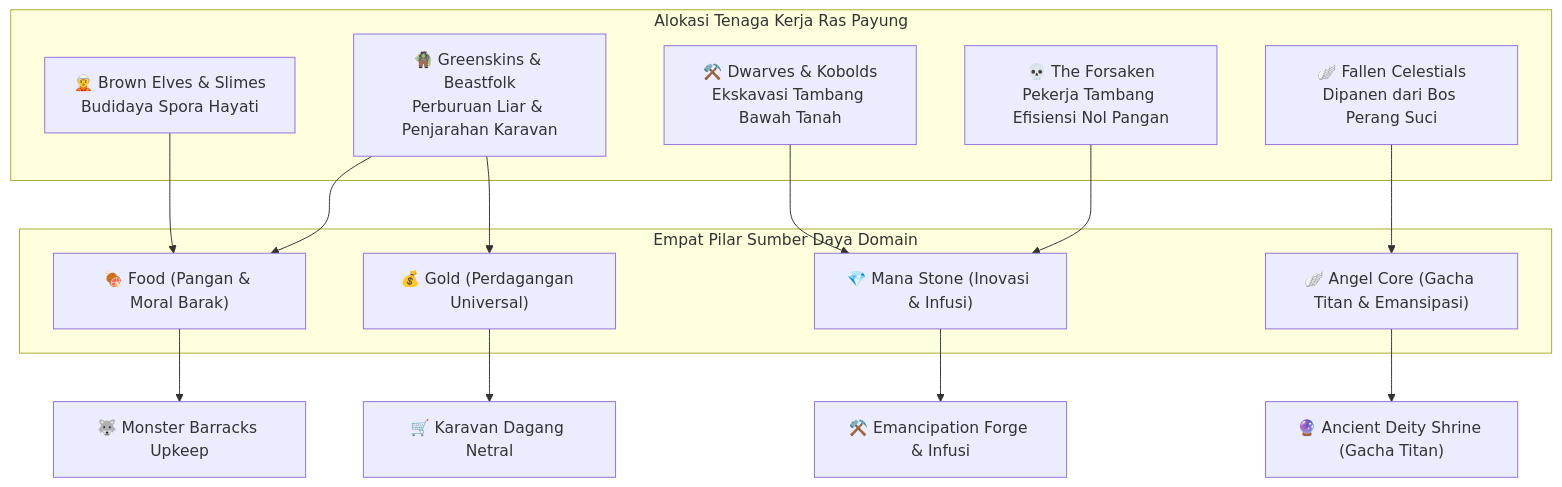
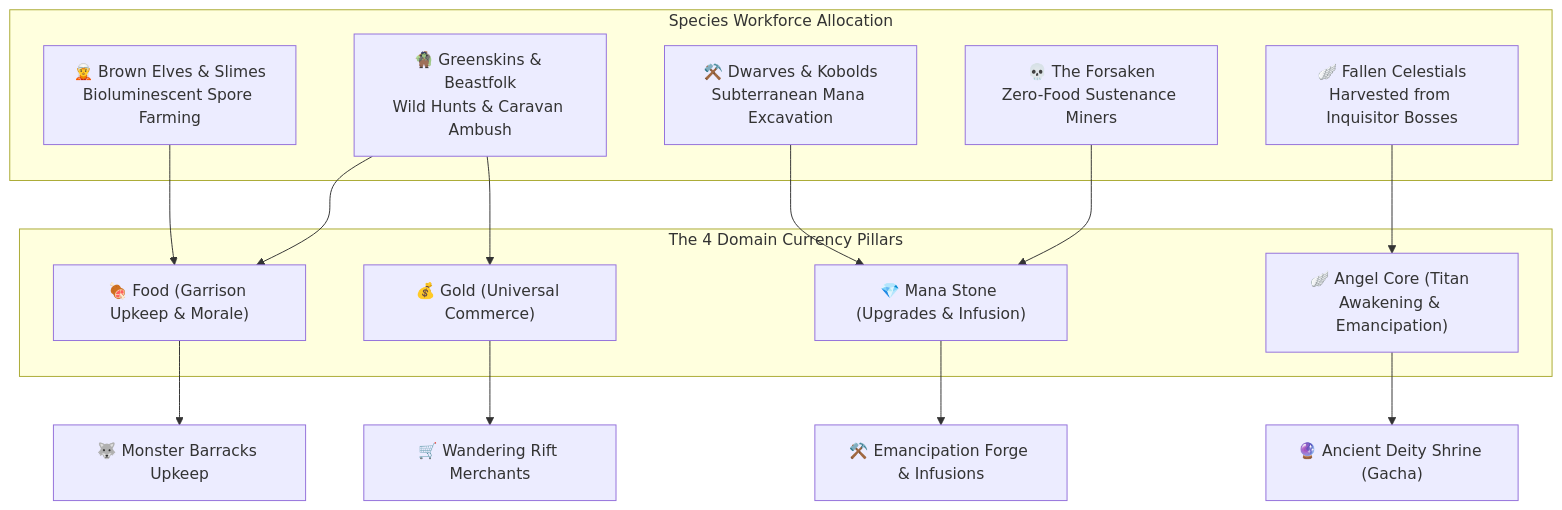
One commit to NealversePrime/ElementalHexTactics3D changed the fifth of 5 diagrams in wiki/07-Broad-Races-and-Factions.md. Above: the diagram before and after it, drawn with Mermaid. The commit also changed other lines of this file and 2 other files, not shown here.

````diff
--- a/wiki/07-Broad-Races-and-Factions.md
+++ b/wiki/07-Broad-Races-and-Factions.md
@@ -327,29 +326,29 @@
 ```mermaid
 flowchart TD
-    subgraph Resources["Empat Pilar Sumber Daya Domain"]
-        G["💰 Gold (Perdagangan Universal)"]
-        F["🍖 Food (Pangan & Moral Barak)"]
-        M["💎 Mana Stone (Inovasi & Infusi)"]
-        C["🪽 Angel Core (Gacha Titan & Emansipasi)"]
+    subgraph Resources["The 4 Domain Currency Pillars"]
+        G["💰 Gold (Universal Commerce)"]
+        F["🍖 Food (Garrison Upkeep & Morale)"]
+        M["💎 Mana Stone (Upgrades & Infusion)"]
+        C["🪽 Angel Core (Titan Awakening & Emancipation)"]
     end
 
-    subgraph Workforce["Alokasi Tenaga Kerja Ras Payung"]
-        W_Elves["🧝 Brown Elves & Slimes<br/>Budidaya Spora Hayati"]
-        W_Greenskins["🧌 Greenskins & Beastfolk<br/>Perburuan Liar & Penjarahan Karavan"]
-        W_Dwarves["⚒️ Dwarves & Kobolds<br/>Ekskavasi Tambang Bawah Tanah"]
-        W_Undead["💀 The Forsaken<br/>Pekerja Tambang Efisiensi Nol Pangan"]
-        W_Trophy["🪽 Fallen Celestials<br/>Dipanen dari Bos Perang Suci"]
+    subgraph Workforce["Species Workforce Allocation"]
+        W_Elves["🧝 Brown Elves & Slimes<br/>Bioluminescent Spore Farming"]
+        W_Greenskins["🧌 Greenskins & Beastfolk<br/>Wild Hunts & Caravan Ambush"]
+        W_Dwarves["⚒️ Dwarves & Kobolds<br/>Subterranean Mana Excavation"]
+        W_Undead["💀 The Forsaken<br/>Zero-Food Sustenance Miners"]
+        W_Trophy["🪽 Fallen Celestials<br/>Harvested from Inquisitor Bosses"]
     end
 
     W_Elves --> F
     W_Greenskins --> G
     W_Greenskins --> F
     W_Dwarves --> M
     W_Undead --> M
     W_Trophy --> C
 
     F --> Barracks["🐺 Monster Barracks Upkeep"]
-    M --> ForgeFacility["⚒️ Emancipation Forge & Infusi"]
-    C --> ShrineFacility["🔮 Ancient Deity Shrine (Gacha Titan)"]
-    G --> MerchantHub["🛒 Karavan Dagang Netral"]
+    M --> ForgeFacility["⚒️ Emancipation Forge & Infusions"]
+    C --> ShrineFacility["🔮 Ancient Deity Shrine (Gacha)"]
+    G --> MerchantHub["🛒 Wandering Rift Merchants"]
 ```
````
